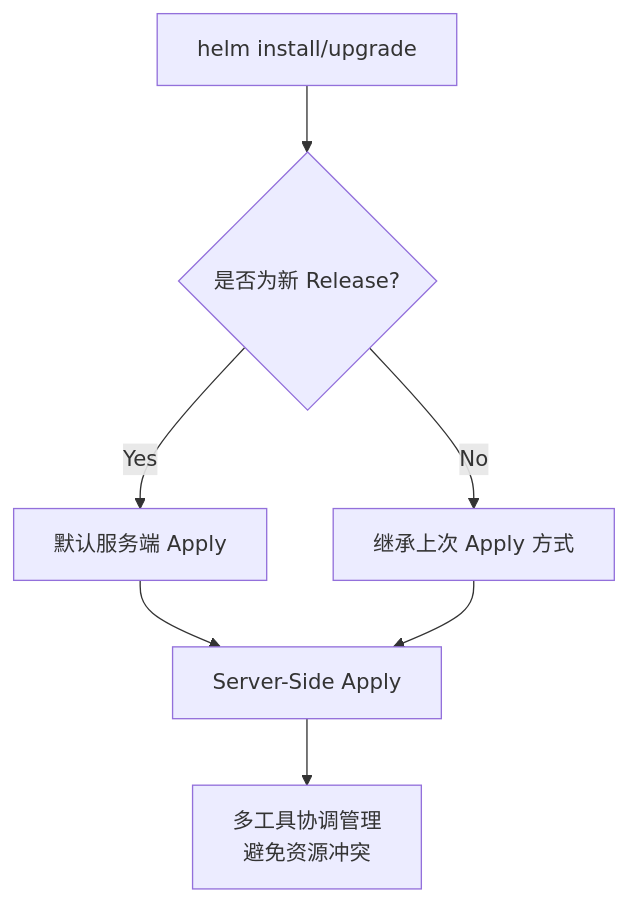
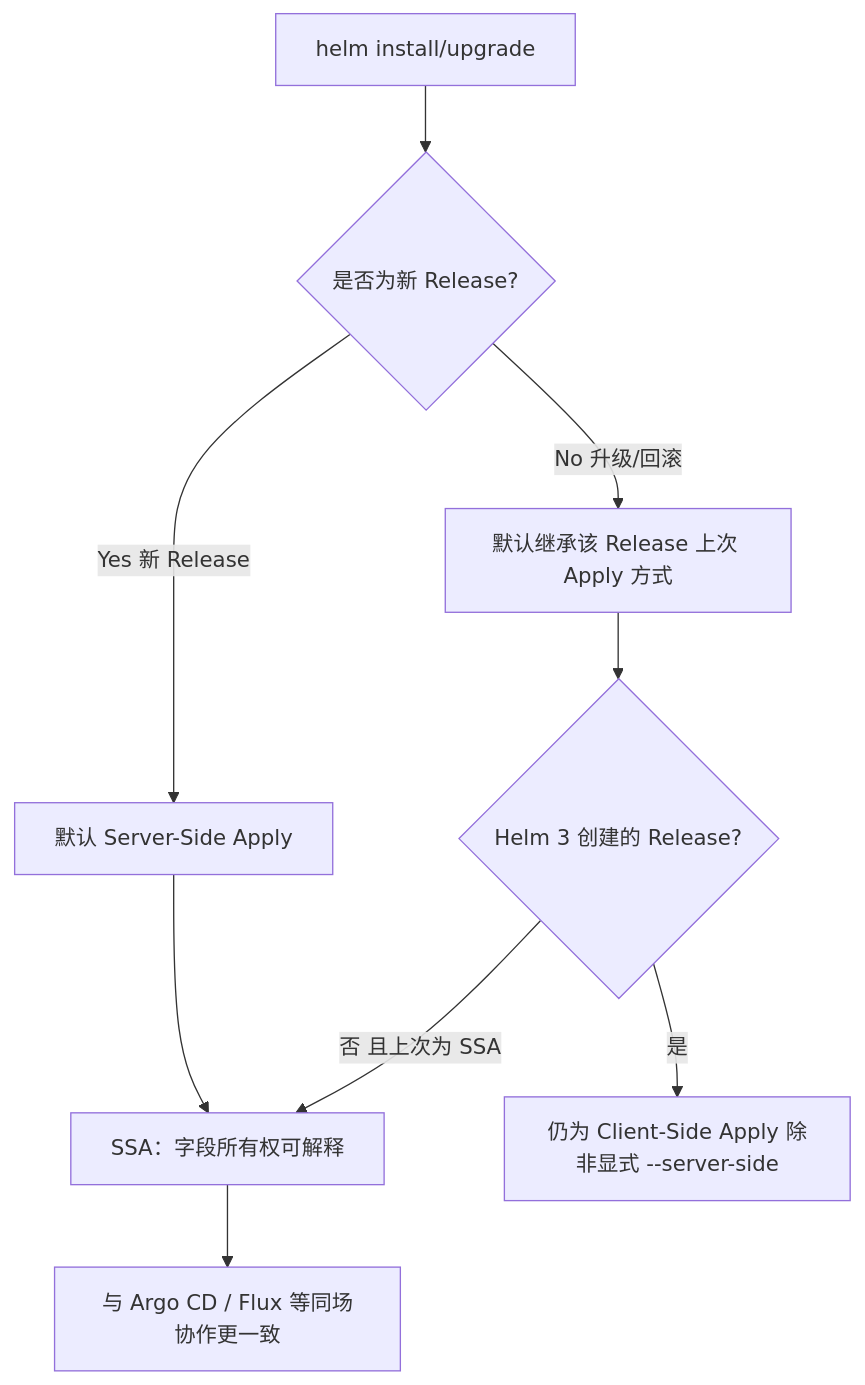
Before and after one commit to gerryyang2025/awesome-share: the fifth of 5 diagrams in _posts/2022-07-20-helm-in-action.markdown, drawn with Mermaid. The commit also changed other lines of this file, not shown here.

Commit message:
docs: update Helm in Action post with new content on Helm 4 features, including Server-Side Apply, kstatus integration, and Wasm plugin support, while adding last_modified_at for better version tracking

````diff
--- a/_posts/2022-07-20-helm-in-action.markdown
+++ b/_posts/2022-07-20-helm-in-action.markdown
@@ -306,9 +351,11 @@
 ```mermaid
 flowchart TD
     A[helm install/upgrade] --> B{是否为新 Release?}
-    B -->|Yes| C[默认服务端 Apply]
-    B -->|No| D[继承上次 Apply 方式]
-    C --> E[Server-Side Apply]
-    D --> E
-    E --> F[多工具协调管理<br/>避免资源冲突]
+    B -->|Yes 新 Release| C[默认 Server-Side Apply]
+    B -->|No 升级/回滚| D[默认继承该 Release 上次 Apply 方式]
+    C --> E[SSA：字段所有权可解释]
+    D --> F{Helm 3 创建的 Release?}
+    F -->|是| G[仍为 Client-Side Apply 除非显式 --server-side]
+    F -->|否 且上次为 SSA| E
+    E --> H[与 Argo CD / Flux 等同场协作更一致]
 ```
````
